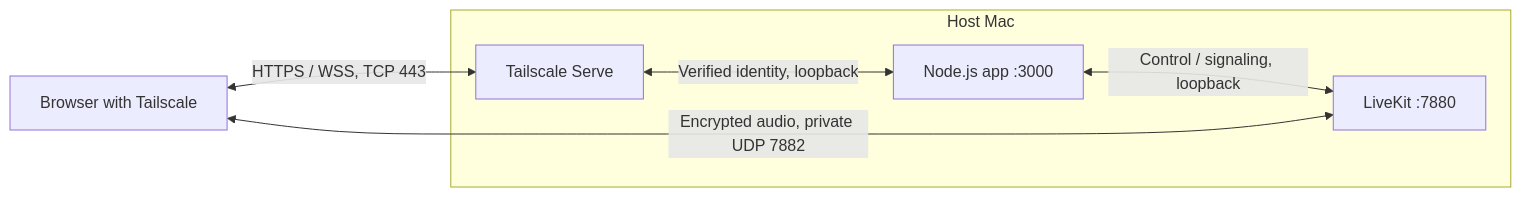
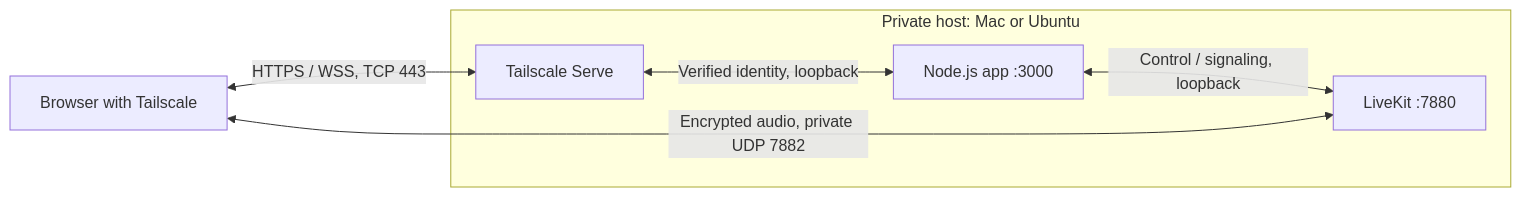
One commit to V1cksy/pink-party changed the diagram in README.md. Above: the diagram before and after it, drawn with Mermaid. The commit also changed other lines of this file and 30 other files, not shown here.

````diff
--- a/README.md
+++ b/README.md
@@ -31,9 +33,9 @@
 ```mermaid
 flowchart LR
     B[Browser with Tailscale] <-->|HTTPS / WSS, TCP 443| S[Tailscale Serve]
-    subgraph Host Mac
+    subgraph Host[Private host: Mac or Ubuntu]
         S <-->|Verified identity, loopback| A[Node.js app :3000]
         A <-->|Control / signaling, loopback| L[LiveKit :7880]
     end
     B <-->|Encrypted audio, private UDP 7882| L
 ```
````
